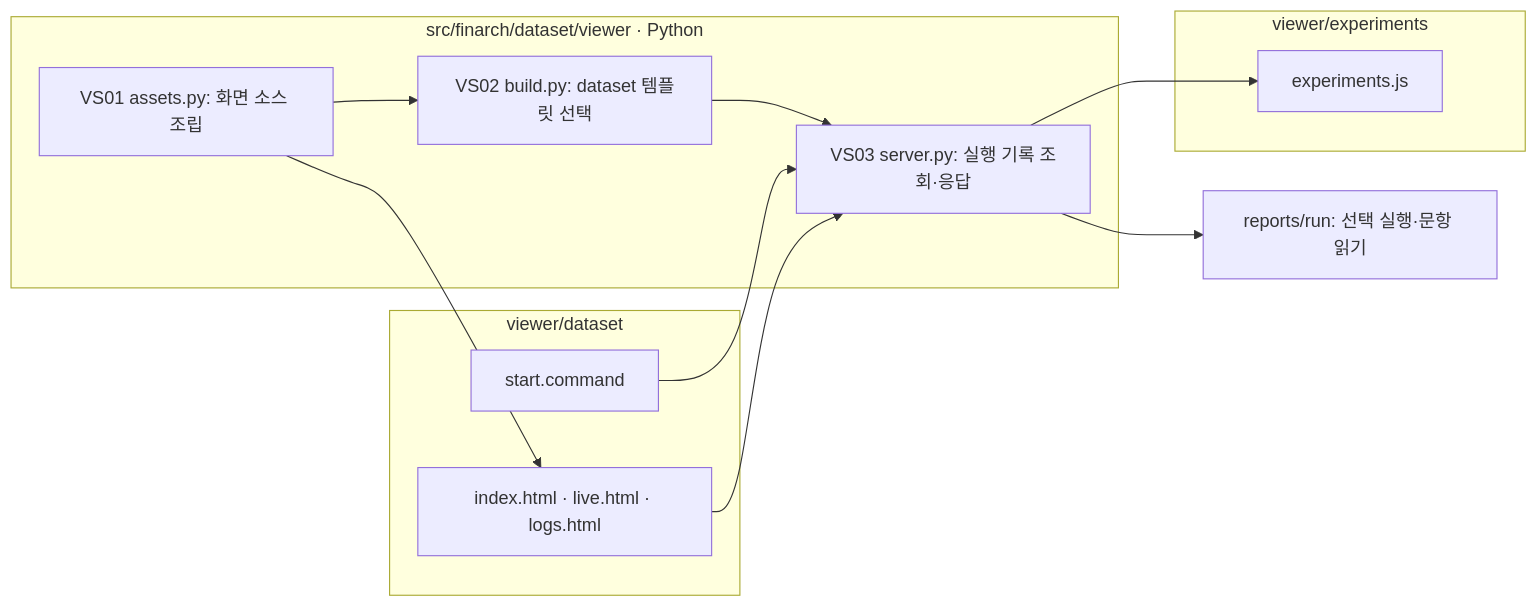
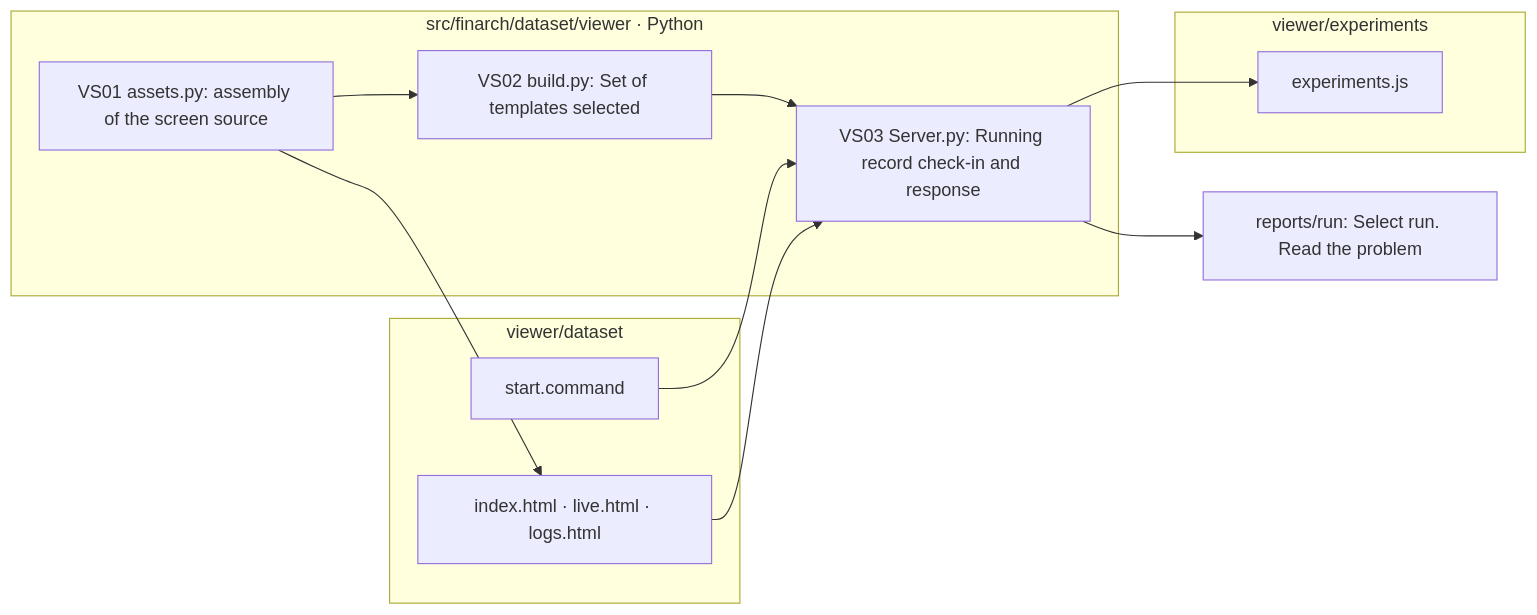
The diagram in src/finarch/dataset/viewer/workspaces-readme-template.md (pnu-clink/finject), drawn with Mermaid before and after one commit. The commit also changed other lines of this file and 644 other files, not shown here.

````diff
--- a/src/finarch/dataset/viewer/workspaces-readme-template.md
+++ b/src/finarch/dataset/viewer/workspaces-readme-template.md
@@ -14,19 +14,19 @@
 ```mermaid
 flowchart LR
  subgraph S["src/finarch/dataset/viewer · Python"]
- A["VS01 assets.py: 화면 소스 조립"] --> B["VS02 build.py: dataset 템플릿 선택"]
- B --> C["VS03 server.py: 실행 기록 조회·응답"]
+ A["VS01 assets.py: assembly of the screen source"] --> B["VS02 build.py: Set of templates selected"]
+ B --> C["VS03 Server.py: Running record check-in and response"]
  end
  subgraph D["viewer/dataset"]
  H["index.html · live.html · logs.html"]
  L["start.command"]
  end
  subgraph E["viewer/experiments"]
  J["experiments.js"]
  end
  A --> H
  L --> C
  H --> C
- C --> R["reports/run: 선택 실행·문항 읽기"]
+ C --> R["reports/run: Select run. Read the problem"]
  C --> J
 ```
````
